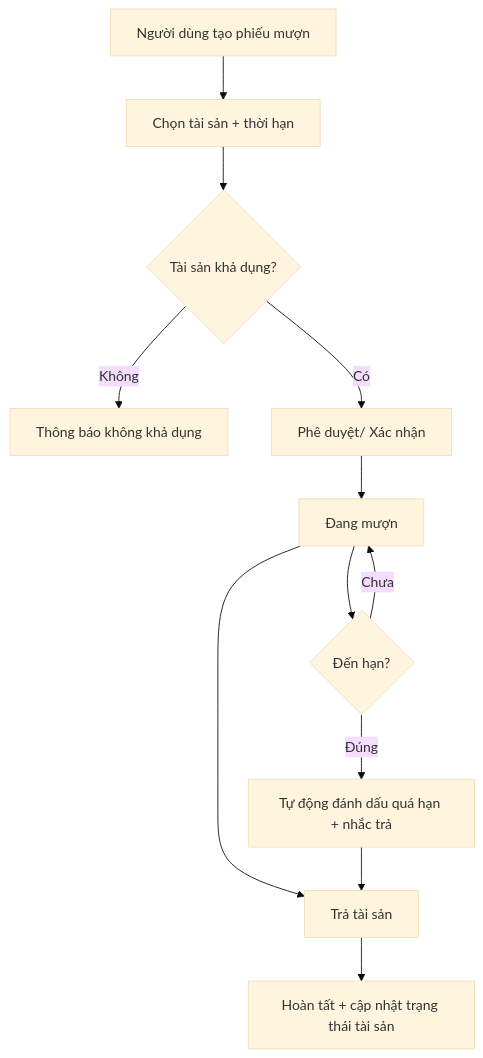
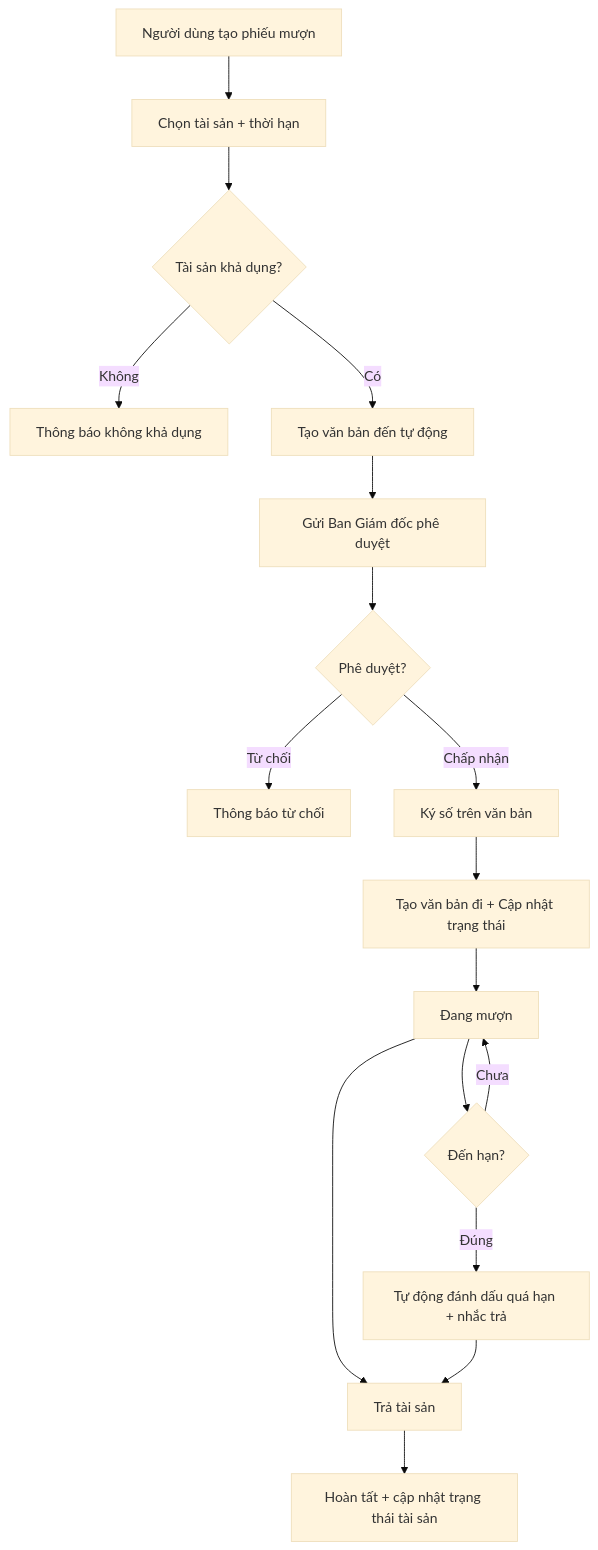
Before and after one commit to lamngoctuu18/TTDN-16-01-N6: the second of 7 diagrams in README.md, drawn with Mermaid (base theme). The commit also changed other lines of this file and 31 other files, not shown here.

````diff
--- a/README.md
+++ b/README.md
@@ -106,14 +242,19 @@
 ```mermaid
 flowchart TD
     U[Người dùng tạo phiếu mượn] --> V[Chọn tài sản + thời hạn]
     V --> W{Tài sản khả dụng?}
     W -->|Không| X[Thông báo không khả dụng]
-    W -->|Có| Y[Phê duyệt/ Xác nhận]
-    Y --> Z[Đang mượn]
-    Z --> AA{Đến hạn?}
-    AA -->|Đúng| AB[Tự động đánh dấu quá hạn + nhắc trả]
-    AA -->|Chưa| Z
-    Z --> AC[Trả tài sản]
-    AB --> AC
-    AC --> AD[Hoàn tất + cập nhật trạng thái tài sản]
+    W -->|Có| Y[Tạo văn bản đến tự động]
+    Y --> Z[Gửi Ban Giám đốc phê duyệt]
+    Z --> AA{Phê duyệt?}
+    AA -->|Từ chối| AB[Thông báo từ chối]
+    AA -->|Chấp nhận| AC[Ký số trên văn bản]
+    AC --> AD[Tạo văn bản đi + Cập nhật trạng thái]
+    AD --> AE[Đang mượn]
+    AE --> AF{Đến hạn?}
+    AF -->|Đúng| AG[Tự động đánh dấu quá hạn + nhắc trả]
+    AF -->|Chưa| AE
+    AE --> AH[Trả tài sản]
+    AG --> AH
+    AH --> AI[Hoàn tất + cập nhật trạng thái tài sản]
 ```
````
